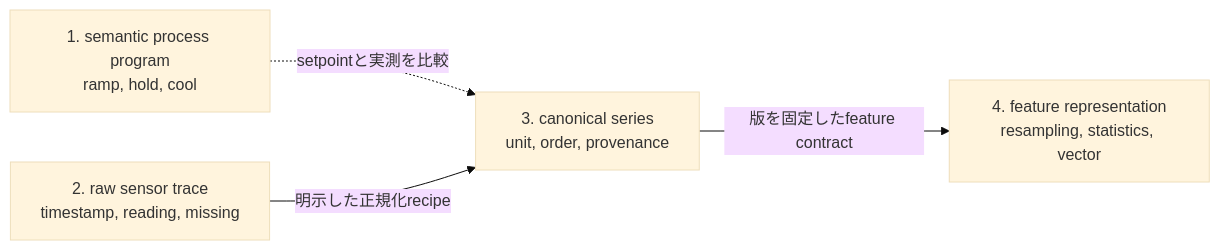
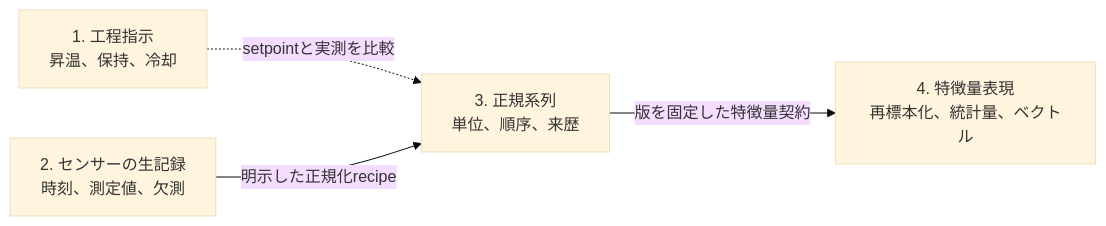
Before and after one commit to mryk814/re-process-dashboard: the diagram in docs/learning/chapters/materials-domain-primer.qmd, drawn with Mermaid (base theme). The commit also changed other lines of this file and 44 other files, not shown here.

````diff
--- a/docs/learning/chapters/materials-domain-primer.qmd
+++ b/docs/learning/chapters/materials-domain-primer.qmd
@@ -345,14 +345,14 @@
 ```{mermaid}
 %%| label: fig-heat-history-representations
 %%| fig-cap: "熱履歴の四表現と、工程意図からmodel入力までの境界"
 %%| fig-width: 6.2
 %%| fig-align: center
 flowchart LR
-  P["1. semantic process program<br/>ramp, hold, cool"]
-  R["2. raw sensor trace<br/>timestamp, reading, missing"]
-  C["3. canonical series<br/>unit, order, provenance"]
-  F["4. feature representation<br/>resampling, statistics, vector"]
+  P["1. 工程指示<br/>昇温、保持、冷却"]
+  R["2. センサーの生記録<br/>時刻、測定値、欠測"]
+  C["3. 正規系列<br/>単位、順序、来歴"]
+  F["4. 特徴量表現<br/>再標本化、統計量、ベクトル"]
   P -. "setpointと実測を比較" .-> C
   R -->|"明示した正規化recipe"| C
-  C -->|"版を固定したfeature contract"| F
+  C -->|"版を固定した特徴量契約"| F
 ```
````
